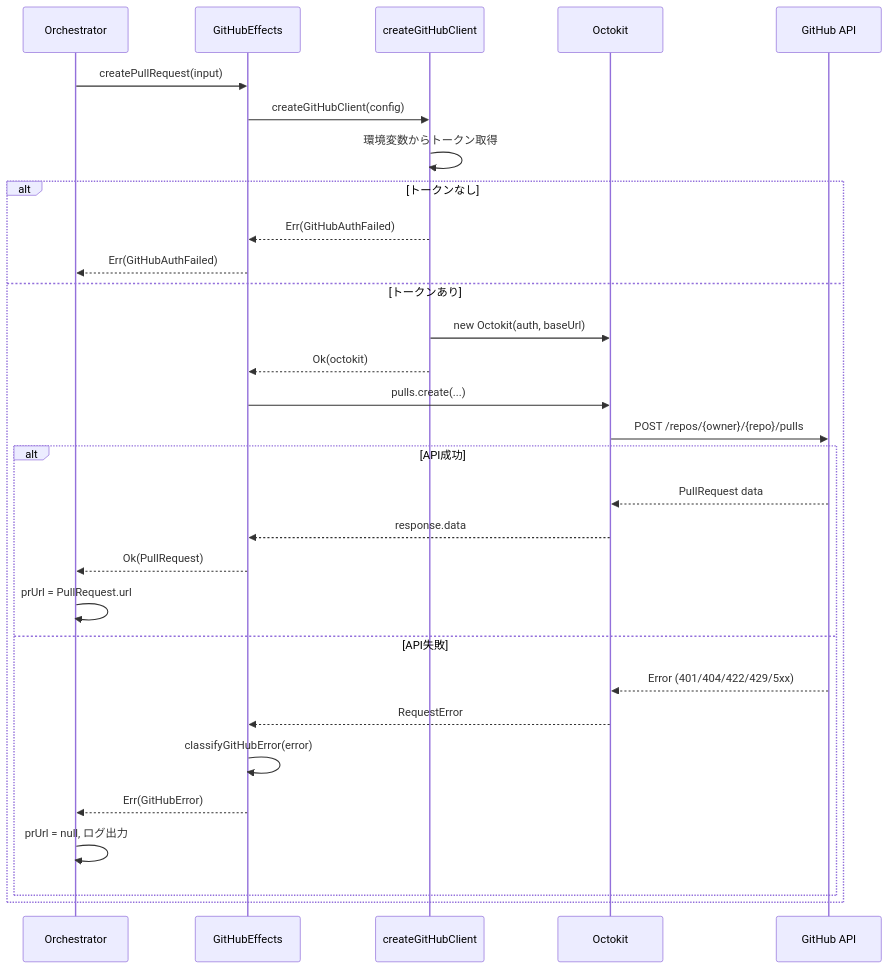
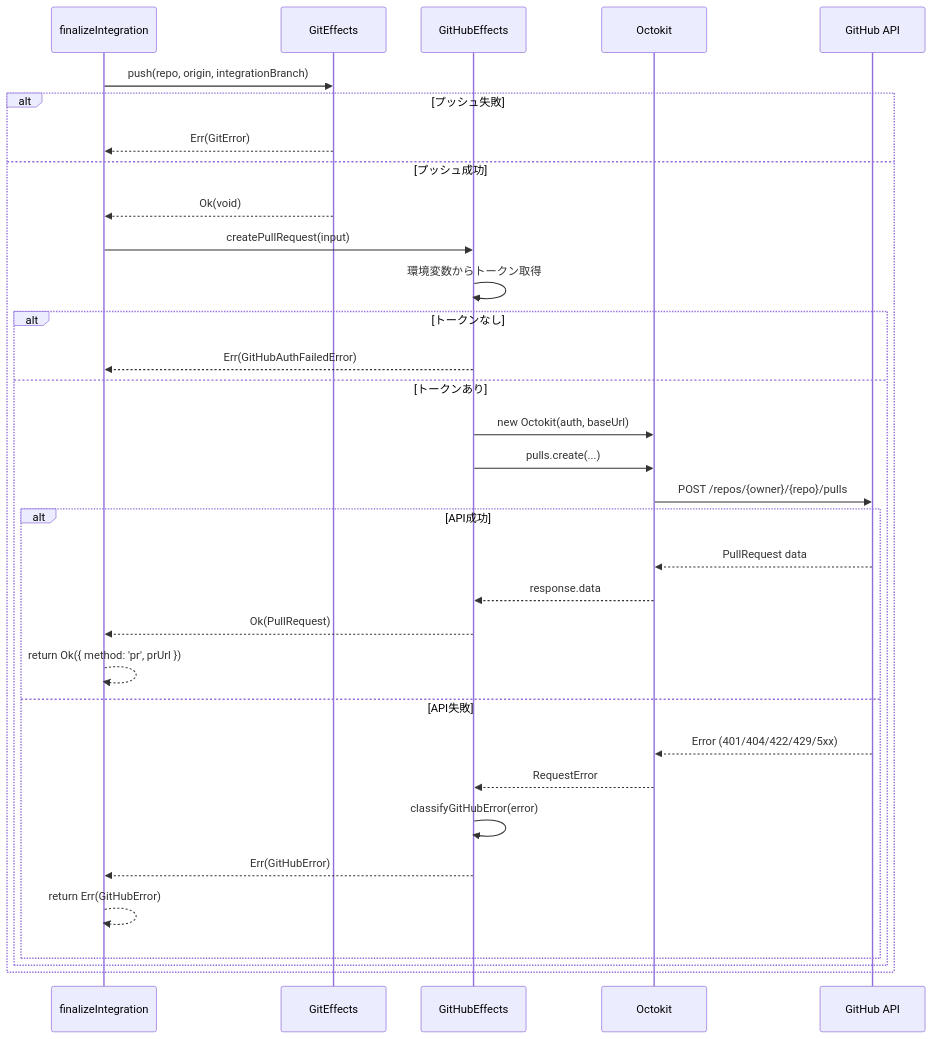
Before and after one commit to berlysia/agent-orchestrator: the diagram in docs/plans/github-integration-phase1-implementation-plan.md, drawn with Mermaid. The commit also changed other lines of this file and 2 other files, not shown here.

First line of the commit message:
docs(plans): update GitHub integration phase1 planning documents

````diff
--- a/docs/plans/github-integration-phase1-implementation-plan.md
+++ b/docs/plans/github-integration-phase1-implementation-plan.md
@@ -516,33 +672,36 @@
 ```mermaid
 sequenceDiagram
-  participant Orchestrator as Orchestrator
-  participant Effects as GitHubEffects
-  participant Client as createGitHubClient
+  participant Finalize as finalizeIntegration
+  participant Git as GitEffects
+  participant GH as GitHubEffects
   participant Octokit as Octokit
   participant API as GitHub API
 
-  Orchestrator->>Effects: createPullRequest(input)
-  Effects->>Client: createGitHubClient(config)
-  Client->>Client: 環境変数からトークン取得
-  alt トークンなし
-    Client-->>Effects: Err(GitHubAuthFailed)
-    Effects-->>Orchestrator: Err(GitHubAuthFailed)
-  else トークンあり
-    Client->>Octokit: new Octokit(auth, baseUrl)
-    Client-->>Effects: Ok(octokit)
-    Effects->>Octokit: pulls.create(...)
-    Octokit->>API: POST /repos/{owner}/{repo}/pulls
-    alt API成功
-      API-->>Octokit: PullRequest data
-      Octokit-->>Effects: response.data
-      Effects-->>Orchestrator: Ok(PullRequest)
-      Orchestrator->>Orchestrator: prUrl = PullRequest.url
-    else API失敗
-      API-->>Octokit: Error (401/404/422/429/5xx)
-      Octokit-->>Effects: RequestError
-      Effects->>Effects: classifyGitHubError(error)
-      Effects-->>Orchestrator: Err(GitHubError)
-      Orchestrator->>Orchestrator: prUrl = null, ログ出力
+  Finalize->>Git: push(repo, origin, integrationBranch)
+  alt プッシュ失敗
+    Git-->>Finalize: Err(GitError)
+  else プッシュ成功
+    Git-->>Finalize: Ok(void)
+    Finalize->>GH: createPullRequest(input)
+    GH->>GH: 環境変数からトークン取得
+    alt トークンなし
+      GH-->>Finalize: Err(GitHubAuthFailedError)
+    else トークンあり
+      GH->>Octokit: new Octokit(auth, baseUrl)
+      GH->>Octokit: pulls.create(...)
+      Octokit->>API: POST /repos/{owner}/{repo}/pulls
+      alt API成功
+        API-->>Octokit: PullRequest data
+        Octokit-->>GH: response.data
+        GH-->>Finalize: Ok(PullRequest)
+        Finalize-->>Finalize: return Ok({ method: 'pr', prUrl })
+      else API失敗
+        API-->>Octokit: Error (401/404/422/429/5xx)
+        Octokit-->>GH: RequestError
+        GH->>GH: classifyGitHubError(error)
+        GH-->>Finalize: Err(GitHubError)
+        Finalize-->>Finalize: return Err(GitHubError)
+      end
     end
   end
 ```
````
